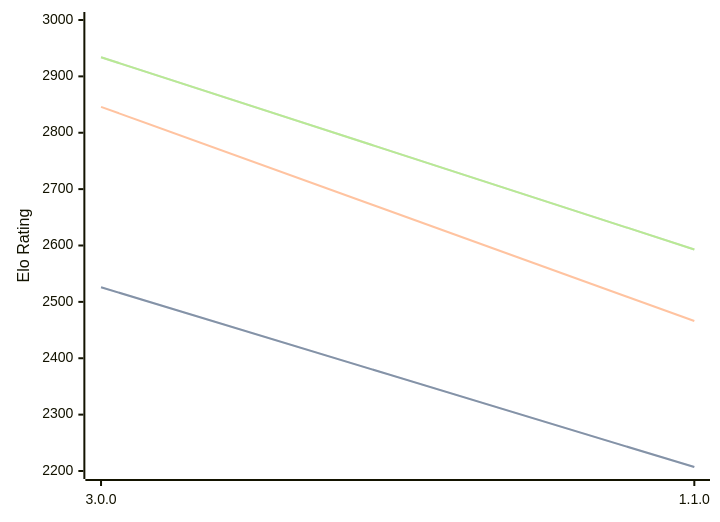
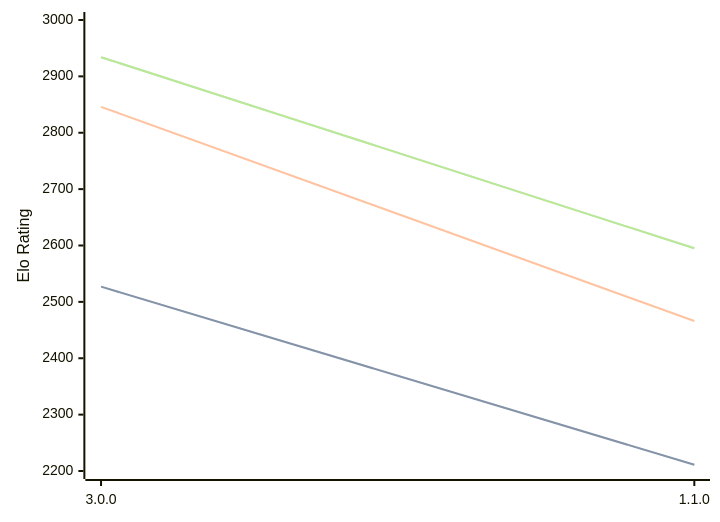
Before and after one commit to computer-chess-index/cci: the diagram in engines/Potential.md, drawn with Mermaid. The commit also changed other lines of this file, not shown here.

Commit message:
Update CCI Ratings (ELO VLTC) - 2026-07-24

````diff
--- a/engines/Potential.md
+++ b/engines/Potential.md
@@ -34,11 +34,11 @@
 ```mermaid
 %%{init: {"theme":"base","themeVariables":{"seriesColors:['#a3a3a3','#222221','#faa371']}}}%%
 xychart-beta
   x-axis ["3.0.0", "1.1.0"]
   y-axis "Elo Rating" 2200 --> 3000
-  line "STC (8.0+0.08s)" [2526, 2207]
-  line "STC (8.0+0.08s)" [2526, 2207]
+  line "STC (8.0+0.08s)" [2527, 2211]
+  line "STC (8.0+0.08s)" [2527, 2211]
   line "LTC (60.0+0.60s)" [2846, 2466]
-  line "VLTC (2m24s+1.12s)" [2934, 2593]
-  line "VLTC (2m24s+1.12s)" [2934, 2593]
+  line "VLTC (2m24s+1.12s)" [2934, 2595]
+  line "VLTC (2m24s+1.12s)" [2934, 2595]
 ```
````
